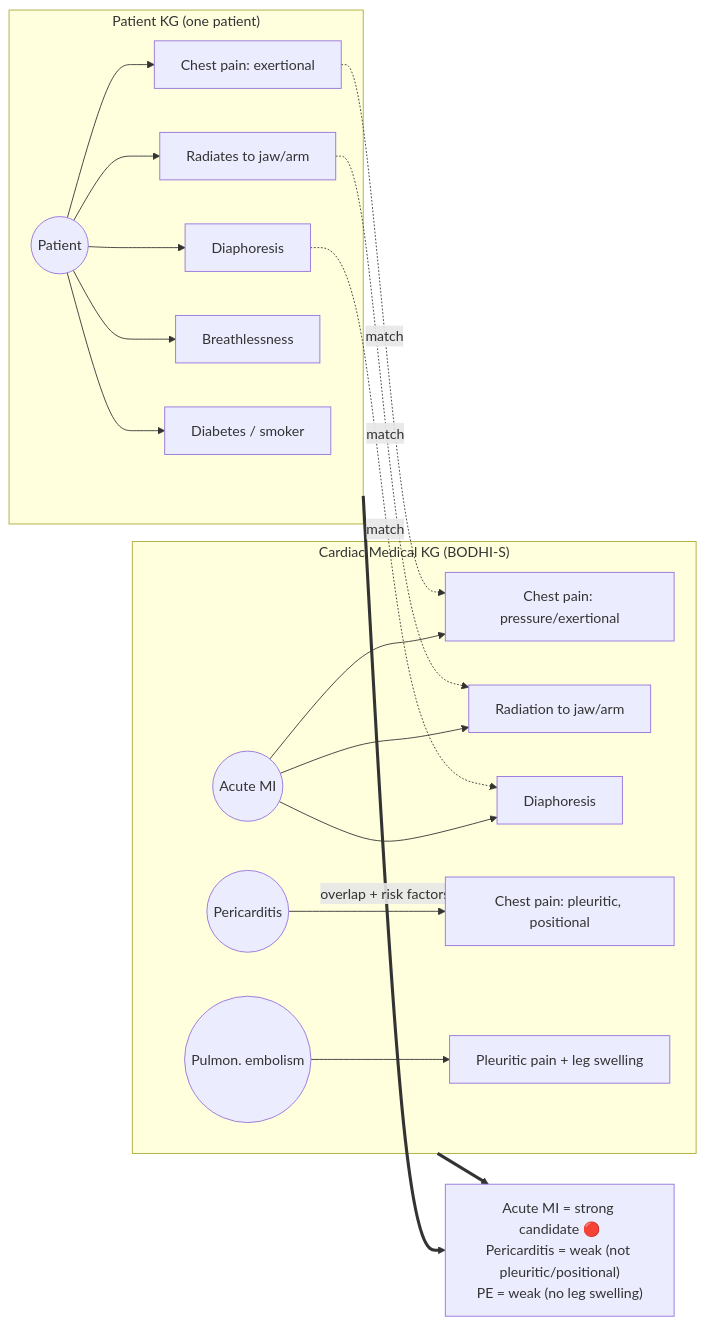
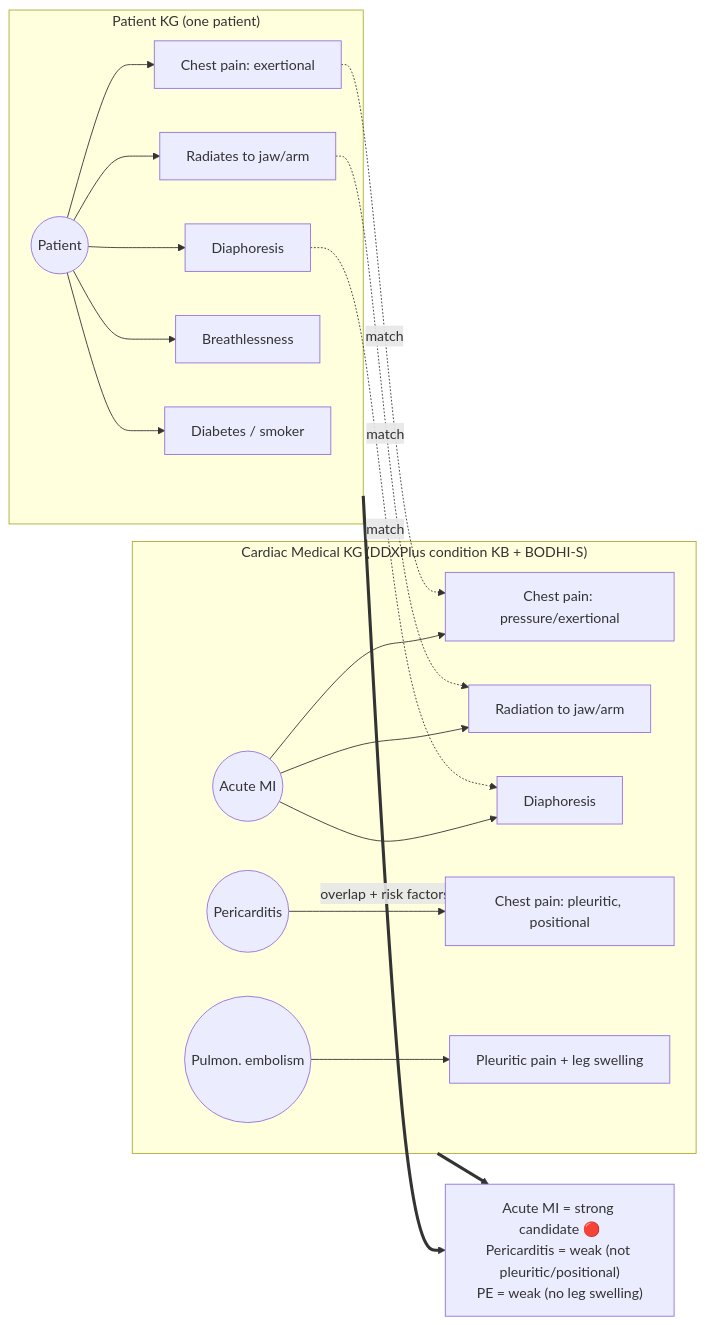
Before and after one commit to HarshRohila02/nightingale: the second of 4 diagrams in README.md, drawn with Mermaid. The commit also changed other lines of this file and 18 other files, not shown here.

````diff
--- a/README.md
+++ b/README.md
@@ -180,25 +181,25 @@
 ```mermaid
 flowchart LR
     subgraph P["Patient KG (one patient)"]
         PT((Patient)) --> S1[Chest pain: exertional]
         PT --> S2[Radiates to jaw/arm]
         PT --> S3[Diaphoresis]
         PT --> S4[Breathlessness]
         PT --> R1[Diabetes / smoker]
     end
 
-    subgraph M["Cardiac Medical KG (BODHI-S)"]
+    subgraph M["Cardiac Medical KG (DDXPlus condition KB + BODHI-S)"]
         D1((Acute MI)) --> M1[Chest pain: pressure/exertional]
         D1 --> M2[Radiation to jaw/arm]
         D1 --> M3[Diaphoresis]
         D2((Pericarditis)) --> M4[Chest pain: pleuritic, positional]
         D3((Pulmon. embolism)) --> M5[Pleuritic pain + leg swelling]
     end
 
     S1 -. match .-> M1
     S2 -. match .-> M2
     S3 -. match .-> M3
 
     P == overlap + risk factors ==> R["Acute MI = strong candidate 🔴<br/>Pericarditis = weak (not pleuritic/positional)<br/>PE = weak (no leg swelling)"]
     M ==> R
 ```
````
